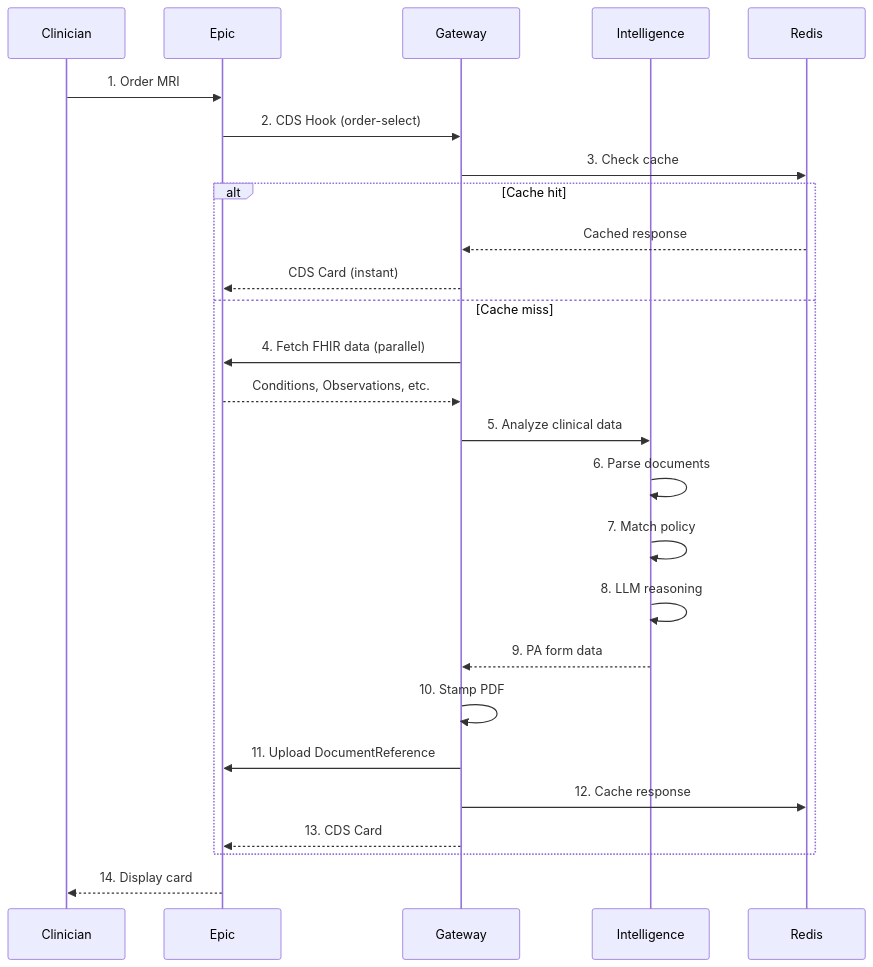
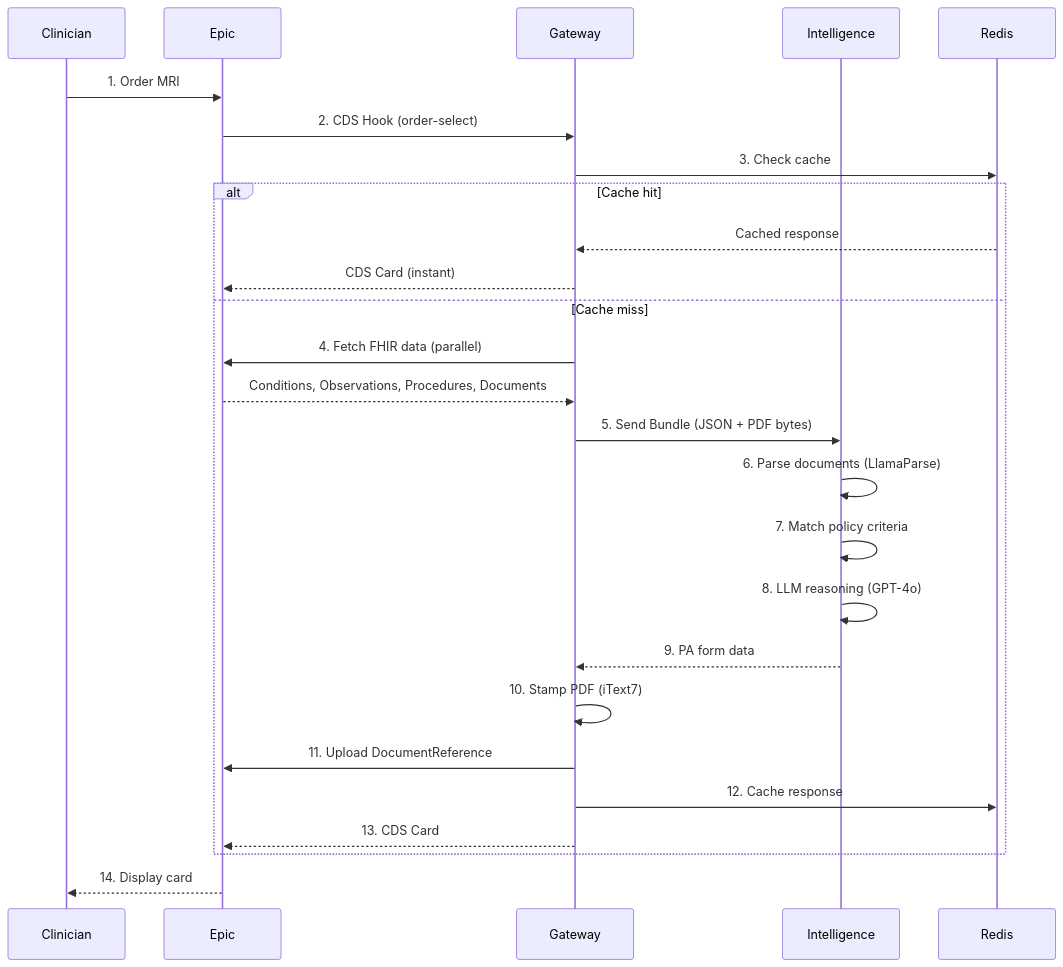
Before and after one commit to lvlup-sw/authscript: the second of 2 diagrams in docs/ARCHITECTURE.md, drawn with Mermaid. The commit also changed other lines of this file and 25 other files, not shown here.

````diff
--- a/docs/ARCHITECTURE.md
+++ b/docs/ARCHITECTURE.md
@@ -28,29 +44,29 @@
 ```mermaid
 sequenceDiagram
     participant C as Clinician
     participant E as Epic
     participant G as Gateway
     participant I as Intelligence
     participant R as Redis
 
     C->>E: 1. Order MRI
     E->>G: 2. CDS Hook (order-select)
     G->>R: 3. Check cache
     alt Cache hit
         R-->>G: Cached response
         G-->>E: CDS Card (instant)
     else Cache miss
         G->>E: 4. Fetch FHIR data (parallel)
-        E-->>G: Conditions, Observations, etc.
-        G->>I: 5. Analyze clinical data
-        I->>I: 6. Parse documents
-        I->>I: 7. Match policy
-        I->>I: 8. LLM reasoning
+        E-->>G: Conditions, Observations, Procedures, Documents
+        G->>I: 5. Send Bundle (JSON + PDF bytes)
+        I->>I: 6. Parse documents (LlamaParse)
+        I->>I: 7. Match policy criteria
+        I->>I: 8. LLM reasoning (GPT-4o)
         I-->>G: 9. PA form data
-        G->>G: 10. Stamp PDF
+        G->>G: 10. Stamp PDF (iText7)
         G->>E: 11. Upload DocumentReference
         G->>R: 12. Cache response
         G-->>E: 13. CDS Card
     end
     E-->>C: 14. Display card
 ```
````
